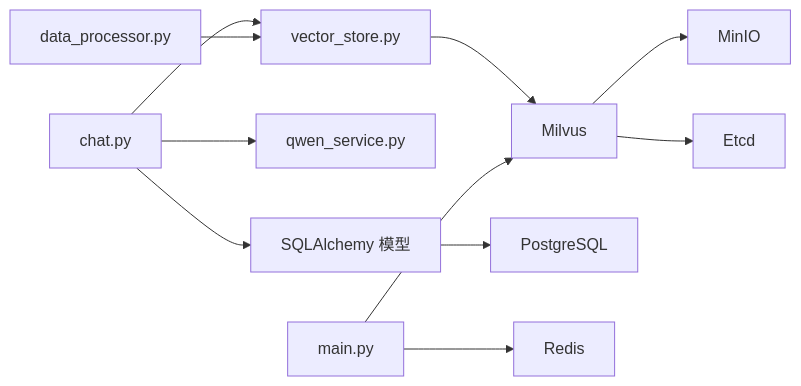
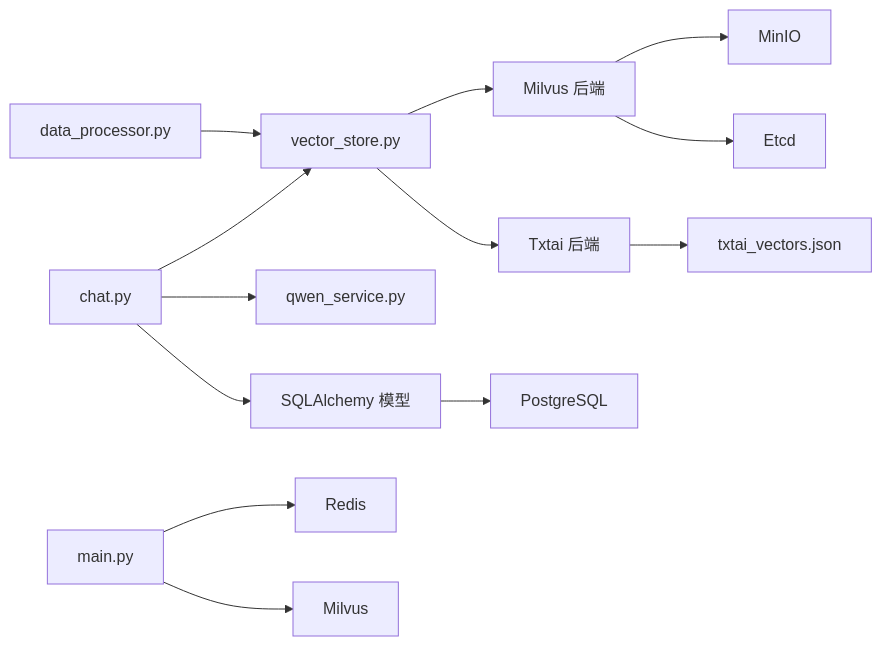
Before and after one commit to ghbbn053-ship-itsoulddog/soulddog: diagram 12 of 12 in .qoder/repowiki/zh/content/AI智能问答系统/向量数据库集成/向量数据库集成.md, drawn with Mermaid. The commit also changed other lines of this file and 119 other files, not shown here.

````diff
--- a/.qoder/repowiki/zh/content/AI智能问答系统/向量数据库集成/向量数据库集成.md
+++ b/.qoder/repowiki/zh/content/AI智能问答系统/向量数据库集成/向量数据库集成.md
@@ -397,13 +527,15 @@
 ```mermaid
 graph LR
 ChatAPI["chat.py"] --> VectorStore["vector_store.py"]
 ChatAPI --> Qwen["qwen_service.py"]
-VectorStore --> Milvus["Milvus"]
+VectorStore --> MilvusBackend["Milvus 后端"]
+VectorStore --> TxtaiBackend["Txtai 后端"]
 ChatAPI --> DB["SQLAlchemy 模型"]
 DB --> Postgres["PostgreSQL"]
 API["main.py"] --> Redis["Redis"]
 API --> Milvus
 DataProc["data_processor.py"] --> VectorStore
-Milvus --> MinIO["MinIO"]
-Milvus --> Etcd["Etcd"]
+MilvusBackend --> MinIO["MinIO"]
+MilvusBackend --> Etcd["Etcd"]
+TxtaiBackend --> JSONFile["txtai_vectors.json"]
 ```
````
